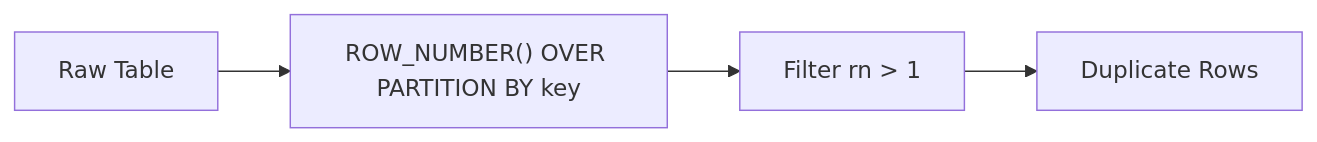
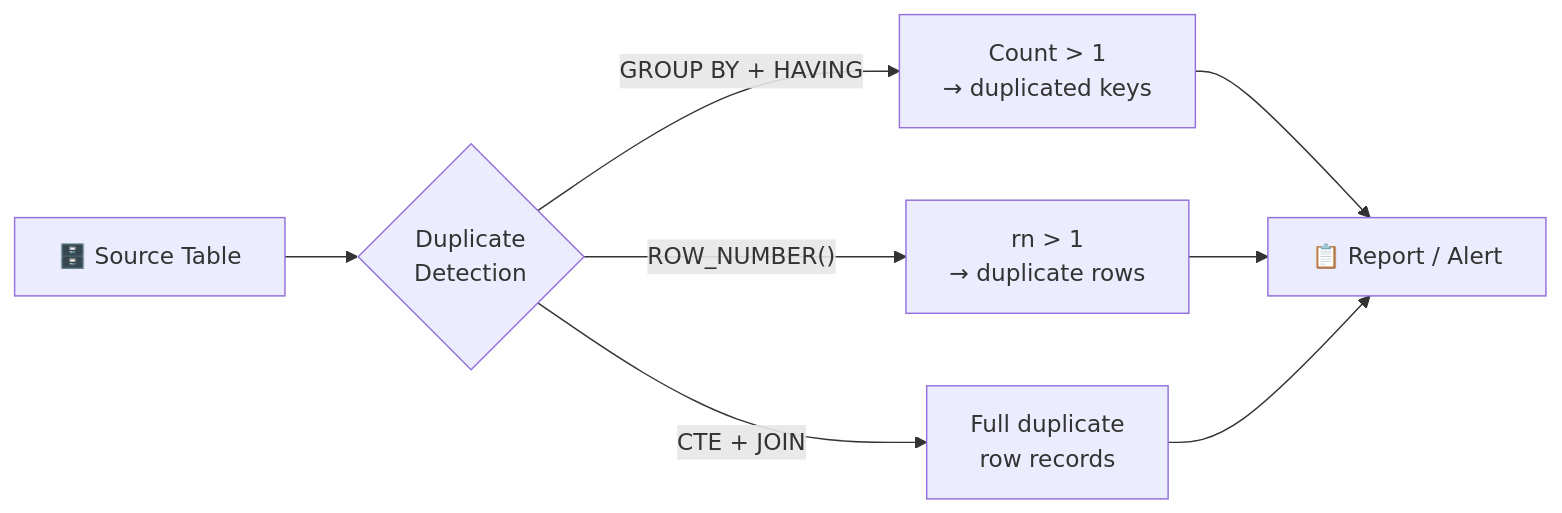
Before and after one commit to mahfooziiitian/spark-batch: the diagram in spark-sql/docs/application/duplicate/finding.md, drawn with Mermaid. The commit also changed other lines of this file and 3 other files, not shown here.

First line of the commit message:
docs(application): enhance index, duplicate, and map-key pages

````diff
--- a/spark-sql/docs/application/duplicate/finding.md
+++ b/spark-sql/docs/application/duplicate/finding.md
@@ -7,6 +10,10 @@
 ```mermaid
 graph LR
-    A[Raw Table] --> B["ROW_NUMBER() OVER PARTITION BY key"]
-    B --> C[Filter rn > 1]
-    C --> D[Duplicate Rows]
+    A["🗄️ Source Table"] --> B{"Duplicate\nDetection"}
+    B -->|"GROUP BY + HAVING"| C["Count > 1\n→ duplicated keys"]
+    B -->|"ROW_NUMBER()"| D["rn > 1\n→ duplicate rows"]
+    B -->|"CTE + JOIN"| E["Full duplicate\nrow records"]
+    C --> F["📋 Report / Alert"]
+    D --> F
+    E --> F
 ```
````
